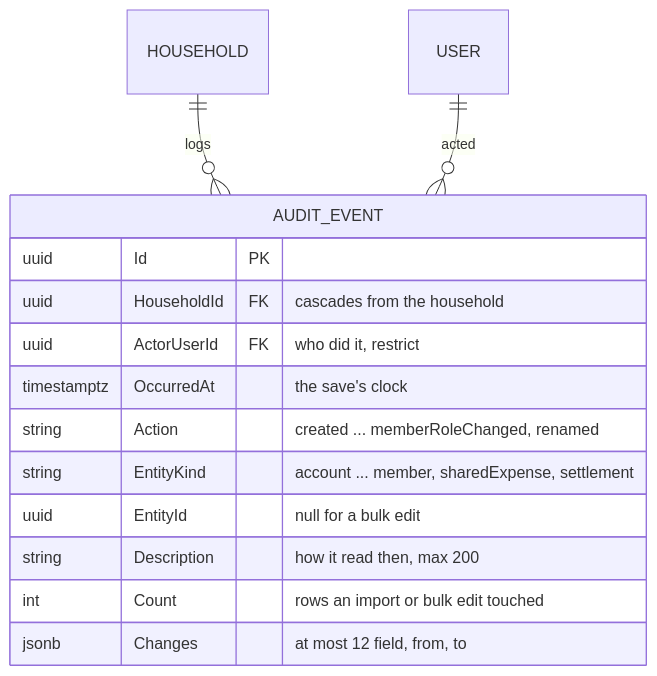
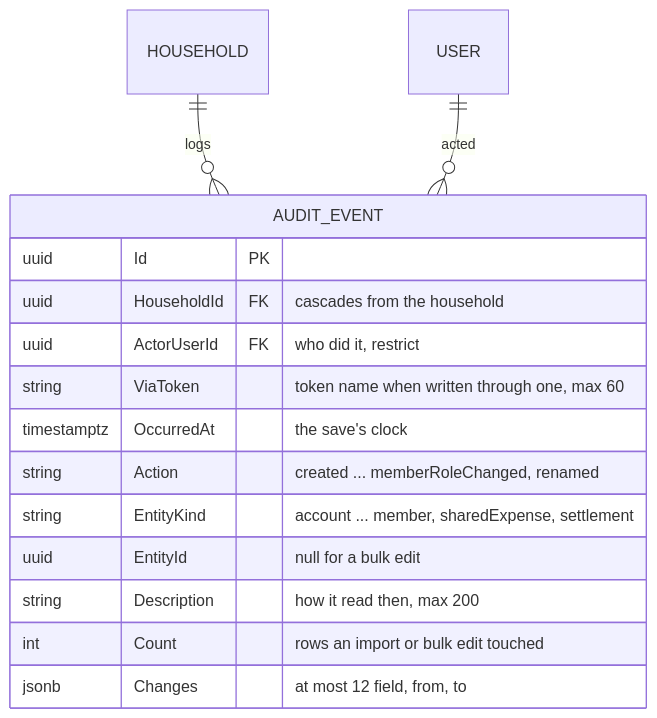
Before and after one commit to Justxs/Jx-Finance: the first of 3 diagrams in docs/features/audit-log.md, drawn with Mermaid. The commit also changed other lines of this file and 117 other files, not shown here.

````diff
--- a/docs/features/audit-log.md
+++ b/docs/features/audit-log.md
@@ -34,17 +34,18 @@
 ```mermaid
 erDiagram
     HOUSEHOLD ||--o{ AUDIT_EVENT : "logs"
     USER ||--o{ AUDIT_EVENT : "acted"
     AUDIT_EVENT {
         uuid Id PK
         uuid HouseholdId FK "cascades from the household"
         uuid ActorUserId FK "who did it, restrict"
+        string ViaToken "token name when written through one, max 60"
         timestamptz OccurredAt "the save's clock"
         string Action "created ... memberRoleChanged, renamed"
         string EntityKind "account ... member, sharedExpense, settlement"
         uuid EntityId "null for a bulk edit"
         string Description "how it read then, max 200"
         int Count "rows an import or bulk edit touched"
         jsonb Changes "at most 12 field, from, to"
     }
 ```
````
